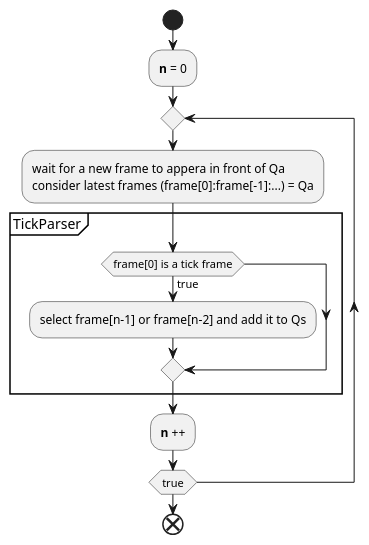
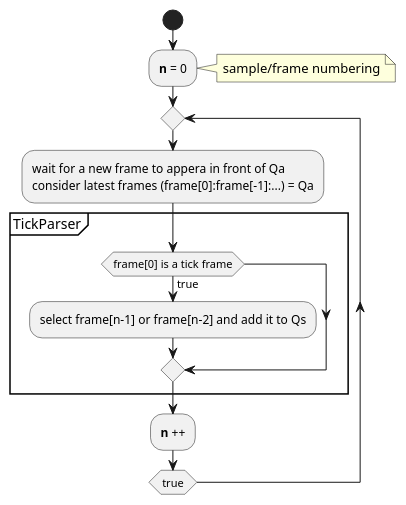
Before and after one commit to EsGeh/rtes-synchronome-project: the second of 8 diagrams in doc/1_system-design.md, drawn with PlantUML. The commit also changed other lines of this file and 8 other files, not shown here.

````diff
--- a/doc/1_system-design.md
+++ b/doc/1_system-design.md
@@ -68,15 +67,17 @@
 ```plantuml
 start
 :**n** = 0;
+note right
+sample/frame numbering
+end note
 repeat
 :wait for a new frame to appera in front of Qa
 consider latest frames (frame[0]:frame[-1]:...) = Qa;
 partition TickParser {
     if (frame[0] is a tick frame) is (true) then
     :select frame[n-1] or frame[n-2] and add it to Qs;
     endif
 }
 :**n** ++;
 repeat while(true)
-end
 ```
````
